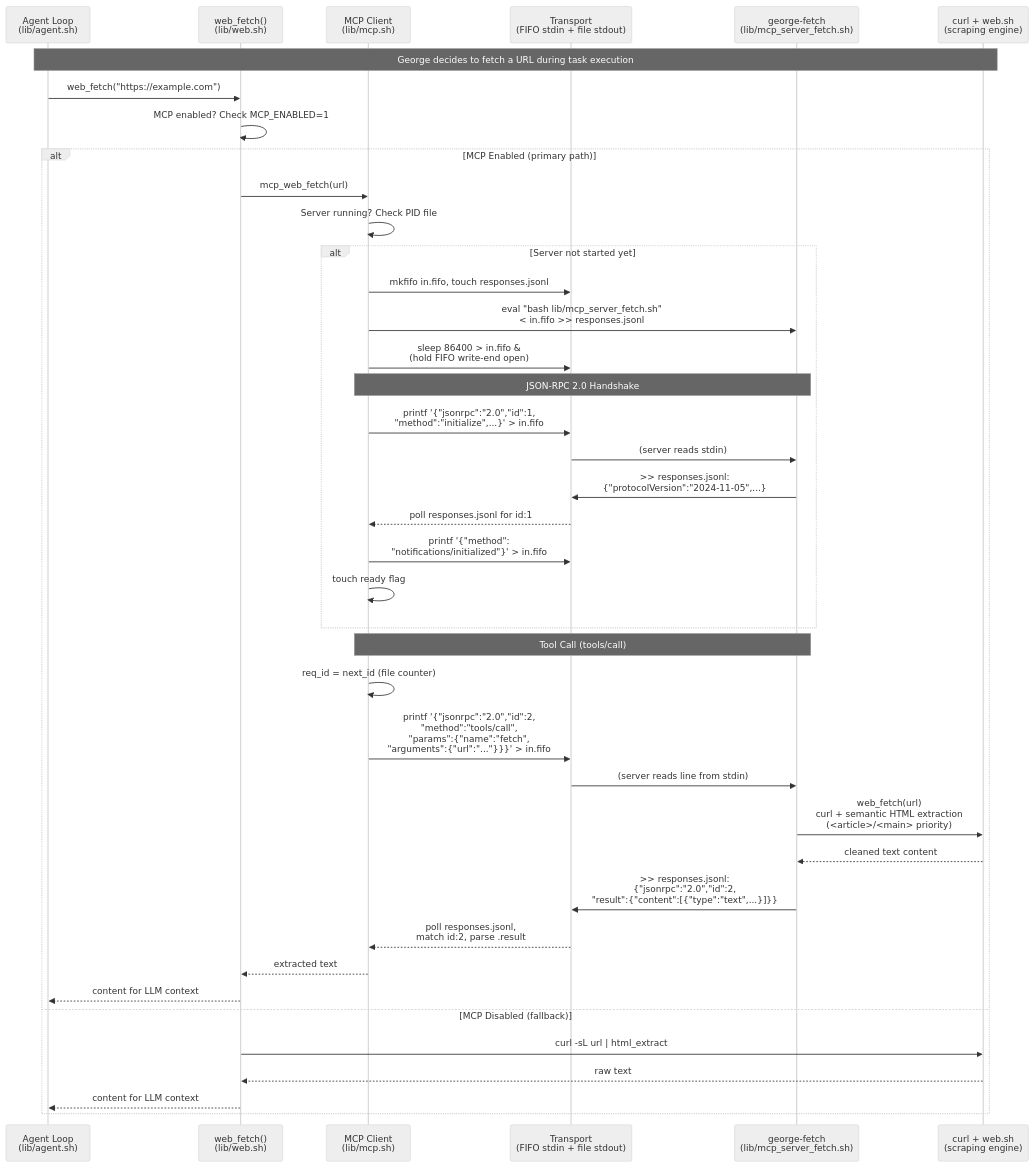
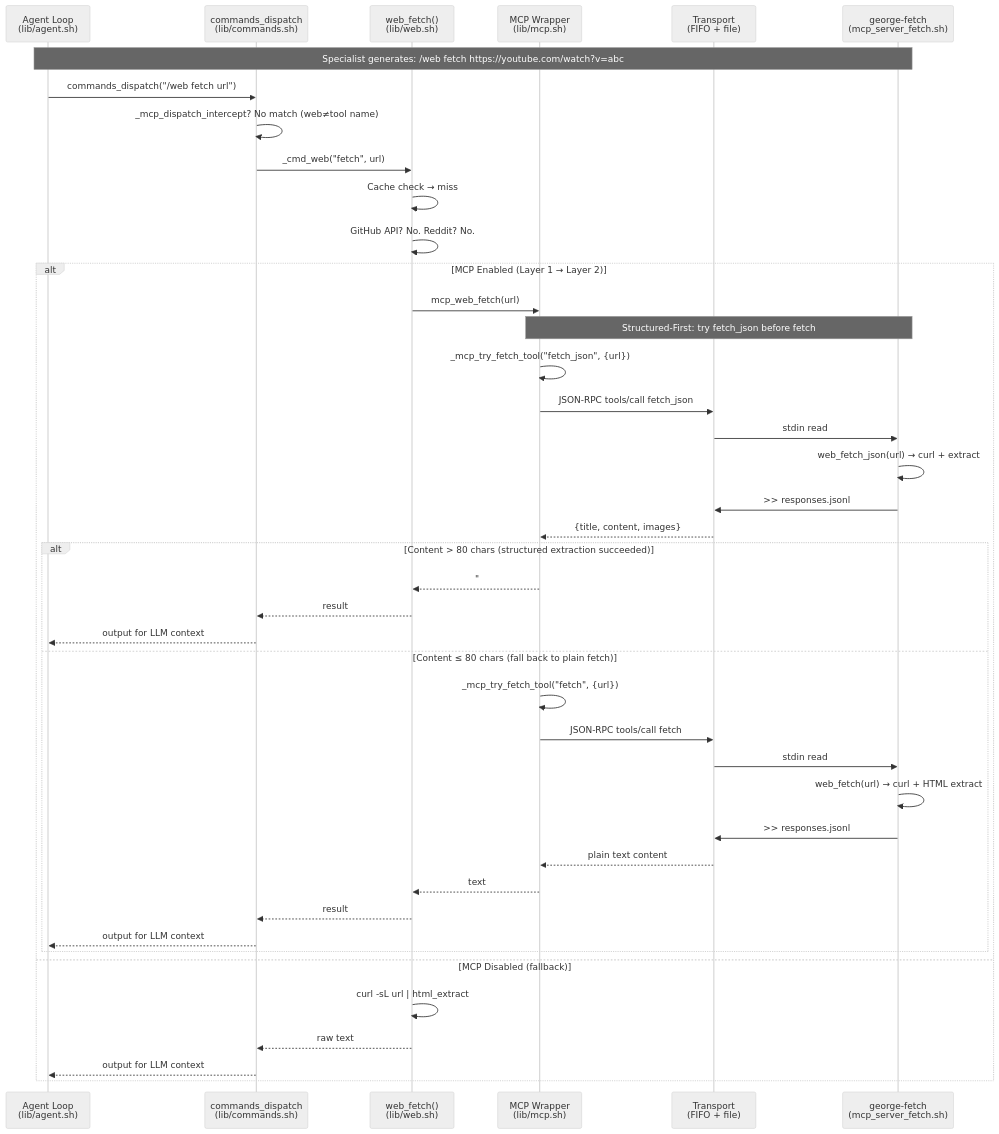
Before and after one commit to dabe-19/blue-lodge-public: the first of 2 diagrams in docs/MCP.md, drawn with Mermaid (neutral theme). The commit also changed other lines of this file and 5 other files, not shown here.

````diff
--- a/docs/MCP.md
+++ b/docs/MCP.md
@@ -200,51 +313,51 @@
 ```mermaid
 sequenceDiagram
     participant Agent as Agent Loop<br/>(lib/agent.sh)
+    participant Cmd as commands_dispatch<br/>(lib/commands.sh)
     participant Web as web_fetch()<br/>(lib/web.sh)
-    participant MCP as MCP Client<br/>(lib/mcp.sh)
-    participant FIFO as Transport<br/>(FIFO stdin + file stdout)
-    participant Server as george-fetch<br/>(lib/mcp_server_fetch.sh)
-    participant Curl as curl + web.sh<br/>(scraping engine)
+    participant MCP as MCP Wrapper<br/>(lib/mcp.sh)
+    participant FIFO as Transport<br/>(FIFO + file)
+    participant Server as george-fetch<br/>(mcp_server_fetch.sh)
 
-    Note over Agent,Curl: George decides to fetch a URL during task execution
+    Note over Agent,Server: Specialist generates: /web fetch https://youtube.com/watch?v=abc
 
-    Agent->>Web: web_fetch("https://example.com")
-    Web->>Web: MCP enabled? Check MCP_ENABLED=1
+    Agent->>Cmd: commands_dispatch("/web fetch url")
+    Cmd->>Cmd: _mcp_dispatch_intercept? No match (web≠tool name)
+    Cmd->>Web: _cmd_web("fetch", url)
+    Web->>Web: Cache check → miss
+    Web->>Web: GitHub API? No. Reddit? No.
 
-    alt MCP Enabled (primary path)
+    alt MCP Enabled (Layer 1 → Layer 2)
         Web->>MCP: mcp_web_fetch(url)
-        MCP->>MCP: Server running? Check PID file
 
-        alt Server not started yet
-            MCP->>FIFO: mkfifo in.fifo, touch responses.jsonl
-            MCP->>Server: eval "bash lib/mcp_server_fetch.sh"<br/>< in.fifo >> responses.jsonl
-            MCP->>FIFO: sleep 86400 > in.fifo &<br/>(hold FIFO write-end open)
+        Note over MCP,Server: Structured-First: try fetch_json before fetch
 
-            Note over MCP,Server: JSON-RPC 2.0 Handshake
+        MCP->>MCP: _mcp_try_fetch_tool("fetch_json", {url})
+        MCP->>FIFO: JSON-RPC tools/call fetch_json
+        FIFO->>Server: stdin read
+        Server->>Server: web_fetch_json(url) → curl + extract
+        Server->>FIFO: >> responses.jsonl
+        FIFO-->>MCP: {title, content, images}
 
-            MCP->>FIFO: printf '{"jsonrpc":"2.0","id":1,<br/>"method":"initialize",...}' > in.fifo
-            FIFO->>Server: (server reads stdin)
-            Server->>FIFO: >> responses.jsonl:<br/>{"protocolVersion":"2024-11-05",...}
-            FIFO-->>MCP: poll responses.jsonl for id:1
-            MCP->>FIFO: printf '{"method":<br/>"notifications/initialized"}' > in.fifo
-            MCP->>MCP: touch ready flag
+        alt Content > 80 chars (structured extraction succeeded)
+            MCP-->>Web: "# Title\n\ncontent..."
+            Web-->>Cmd: result
+            Cmd-->>Agent: output for LLM context
+        else Content ≤ 80 chars (fall back to plain fetch)
+            MCP->>MCP: _mcp_try_fetch_tool("fetch", {url})
+            MCP->>FIFO: JSON-RPC tools/call fetch
+            FIFO->>Server: stdin read
+            Server->>Server: web_fetch(url) → curl + HTML extract
+            Server->>FIFO: >> responses.jsonl
+            FIFO-->>MCP: plain text content
+            MCP-->>Web: text
+            Web-->>Cmd: result
+            Cmd-->>Agent: output for LLM context
         end
 
-        Note over MCP,Server: Tool Call (tools/call)
-
-        MCP->>MCP: req_id = next_id (file counter)
-        MCP->>FIFO: printf '{"jsonrpc":"2.0","id":2,<br/>"method":"tools/call",<br/>"params":{"name":"fetch",<br/>"arguments":{"url":"..."}}}' > in.fifo
-        FIFO->>Server: (server reads line from stdin)
-        Server->>Curl: web_fetch(url)<br/>curl + semantic HTML extraction<br/>(<article>/<main> priority)
-        Curl-->>Server: cleaned text content
-        Server->>FIFO: >> responses.jsonl:<br/>{"jsonrpc":"2.0","id":2,<br/>"result":{"content":[{"type":"text",...}]}}
-        FIFO-->>MCP: poll responses.jsonl,<br/>match id:2, parse .result
-        MCP-->>Web: extracted text
-        Web-->>Agent: content for LLM context
-
     else MCP Disabled (fallback)
-        Web->>Curl: curl -sL url | html_extract
-        Curl-->>Web: raw text
-        Web-->>Agent: content for LLM context
+        Web->>Web: curl -sL url | html_extract
+        Web-->>Cmd: raw text
+        Cmd-->>Agent: output for LLM context
     end
 ```
````
